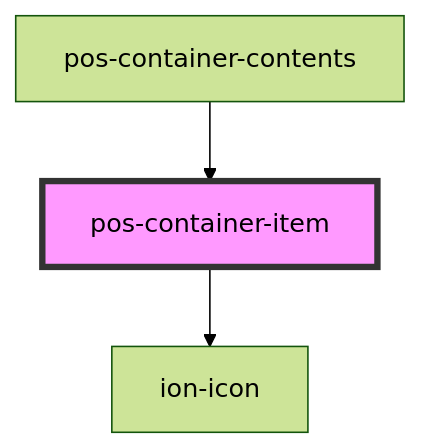
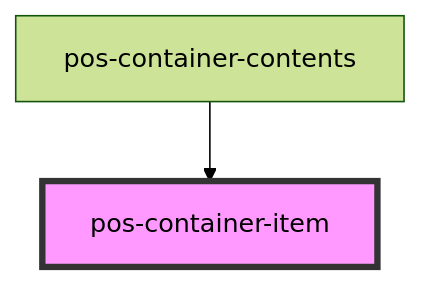
The diagram in docs/elements/components/pos-container-contents/pos-container-item/readme.md (pod-os/PodOS), drawn with Mermaid (forest theme) before and after one commit. The commit also changed other lines of this file and 31 other files, not shown here.

````diff
--- a/docs/elements/components/pos-container-contents/pos-container-item/readme.md
+++ b/docs/elements/components/pos-container-contents/pos-container-item/readme.md
@@ -25,6 +21,5 @@
 ```mermaid
 graph TD;
-  pos-container-item --> ion-icon
   pos-container-contents --> pos-container-item
   style pos-container-item fill:#f9f,stroke:#333,stroke-width:4px
 ```
````
